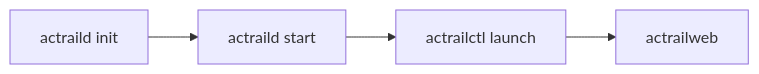
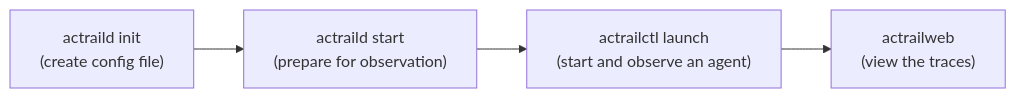
One commit to openeuler-mirror/AcTrail changed the first of 2 diagrams in README.md. Above: the diagram before and after it, drawn with Mermaid. The commit also changed other lines of this file and 199 other files, not shown here.

````diff
--- a/README.md
+++ b/README.md
@@ -49,6 +53,6 @@
 ```mermaid
 flowchart LR
-    Init["actraild init"] --> Start["actraild start"]
-    Start --> Launch["actrailctl launch"]
-    Launch --> Web["actrailweb"]
+    Init["actraild init<br/>(create config file)"] --> Start["actraild start<br>(prepare for observation)"]
+    Start --> Launch["actrailctl launch<br>(start and observe an agent)"]
+    Launch --> Web["actrailweb<br/>(view the traces)"]
 ```
````
